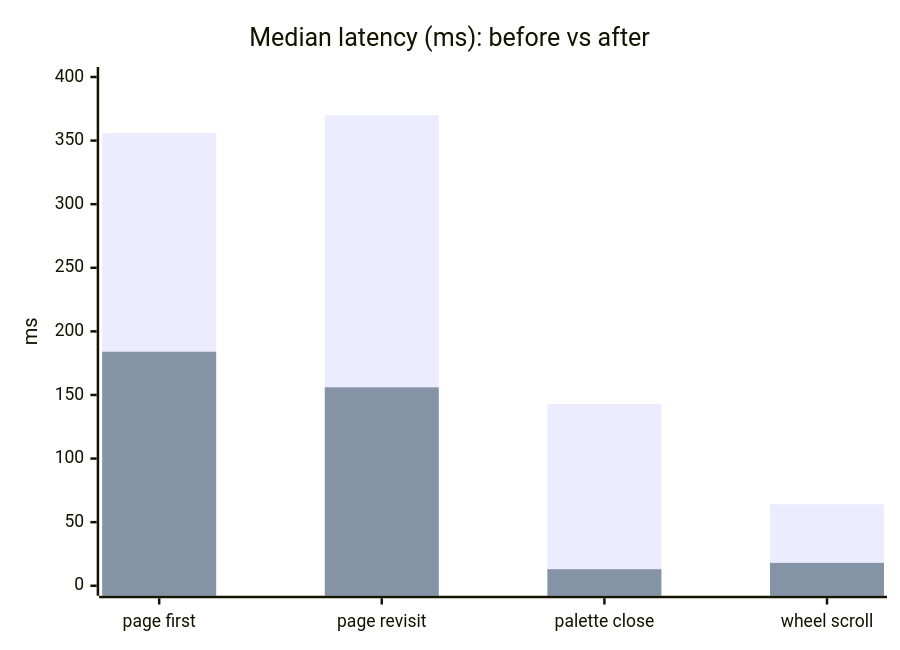
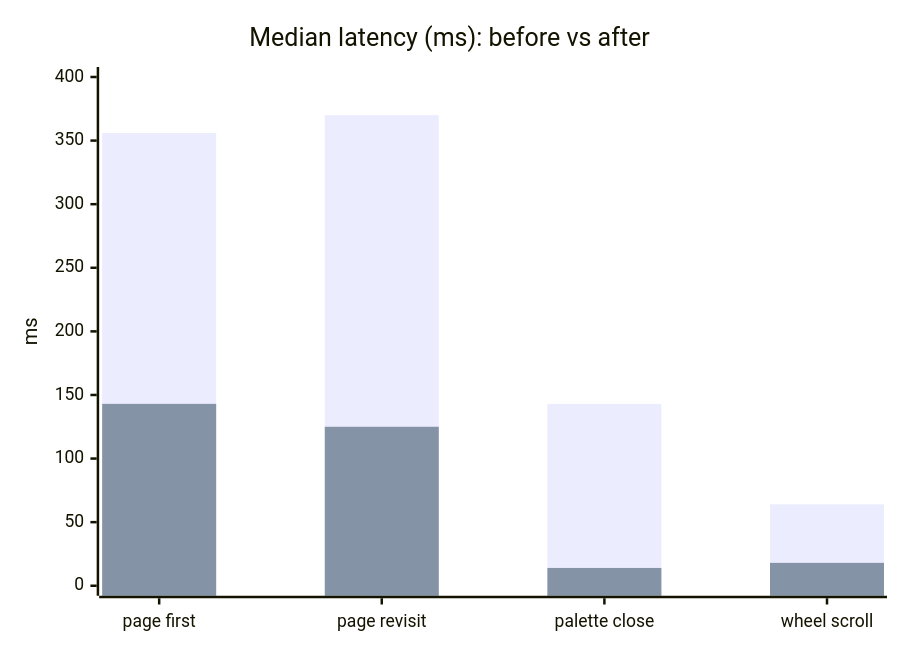
One commit to DinosaursAreCute/DinosAmazingBashTui changed the first of 6 diagrams in docs/design/performance-journey.md. Above: the diagram before and after it, drawn with Mermaid. The commit also changed other lines of this file and 66 other files, not shown here.

````diff
--- a/docs/design/performance-journey.md
+++ b/docs/design/performance-journey.md
@@ -25,8 +25,8 @@
 ```mermaid
 xychart-beta
     title "Median latency (ms): before vs after"
     x-axis ["page first", "page revisit", "palette close", "wheel scroll"]
     y-axis "ms" 0 --> 400
     bar [356, 370, 143, 64]
-    bar [184, 156, 13, 18]
+    bar [143, 125, 14, 18]
 ```
````
